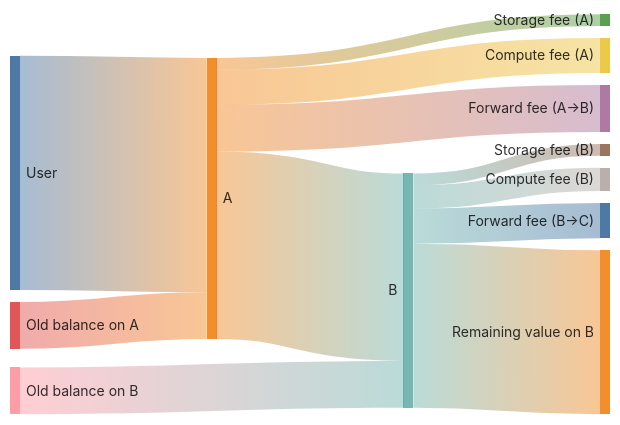
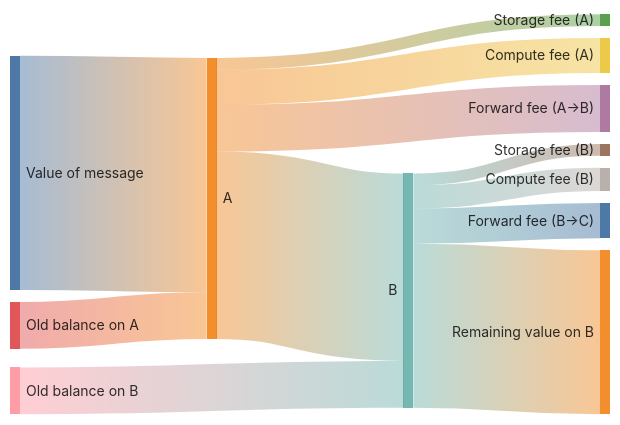
The third of 3 diagrams in contract-dev/gas.mdx (ton-org/docs), drawn with Mermaid before and after one commit. The commit also changed other lines of this file, not shown here.

````diff
--- a/contract-dev/gas.mdx
+++ b/contract-dev/gas.mdx
@@ -29,20 +36,20 @@
 ```mermaid
 ---
 config:
   sankey:
     showValues: false
 ---
 sankey-beta
 %% source,target,value
-User,A,100
+Value of message,A,100
 Old balance on A,A,20
 A,B,80
 A,Storage fee (A),5
 A,Compute fee (A),15
 A,Forward fee (A->B),20
 Old balance on B,B,20
 B,Storage fee (B),5
 B,Compute fee (B),10
 B,Forward fee (B->C),15
 B,Remaining value on B,70
 ```
````
